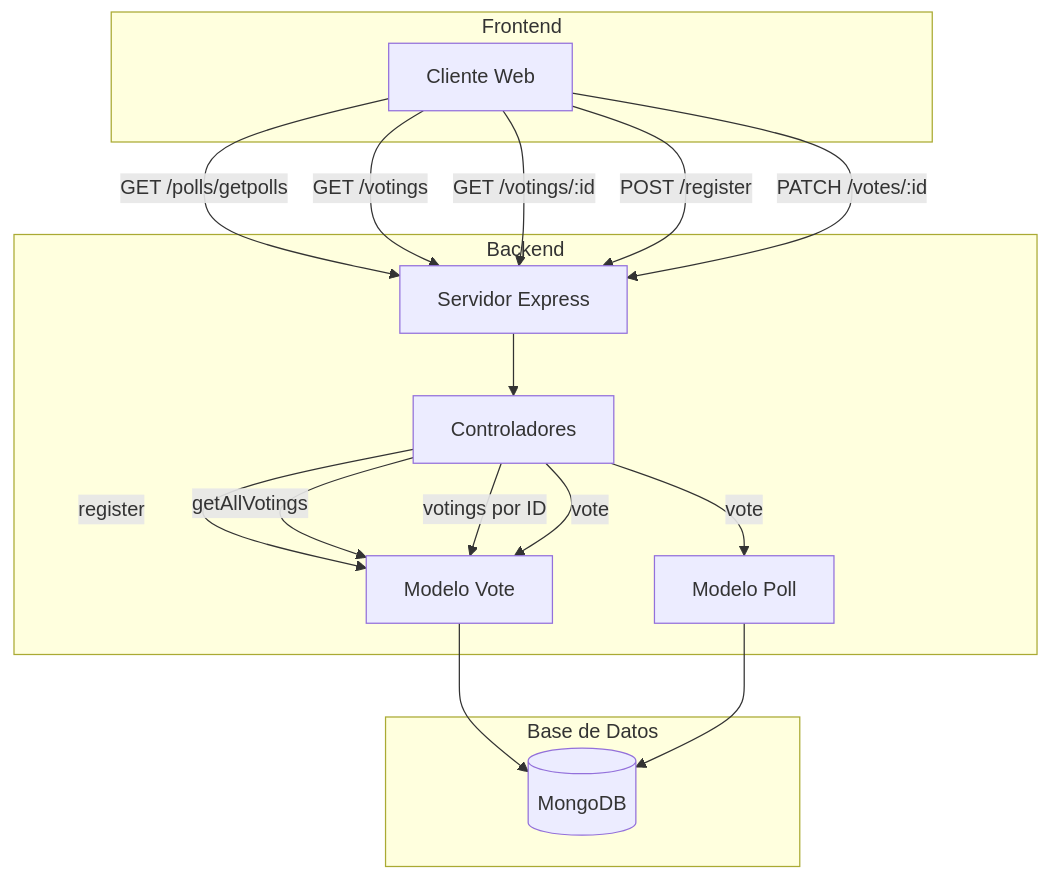
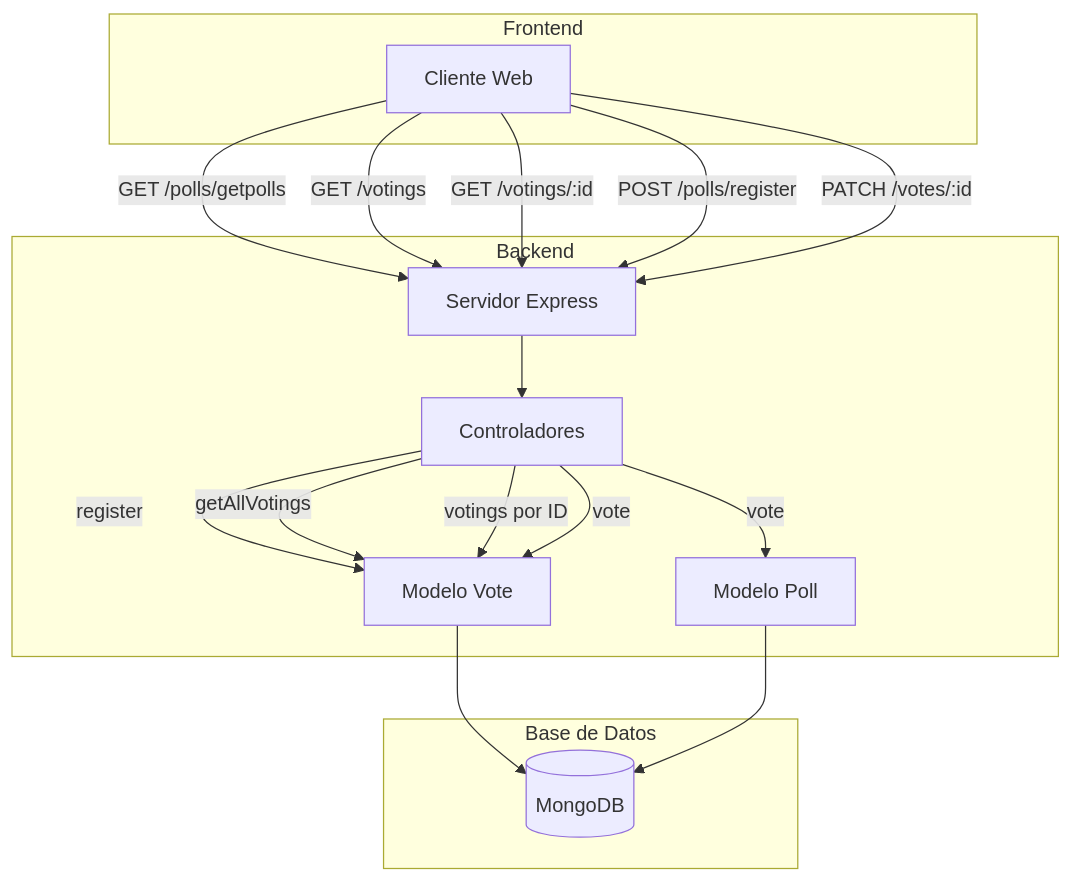
Before and after one commit to Tomas-crypto14/Proyecto-Backend-Tomas-Ruben-Joaquim: the diagram in README.md, drawn with Mermaid. The commit also changed 1 other file, not shown here.

Commit message:
Readme.md Mermaid

````diff
--- a/README.md
+++ b/README.md
@@ -1,33 +1,33 @@
 ```mermaid
 graph TD
     A[Cliente Web] -->|GET /polls/getpolls| B[Servidor Express]
     A -->|GET /votings| B
     A -->|GET /votings/:id| B
-    A -->|POST /register| B
+    A -->|POST /polls/register| B
     A -->|PATCH /votes/:id| B
 
     B --> C[Controladores]
     C -->|register| D[Modelo Vote]
     C -->|getAllVotings| D
     C -->|"votings por ID"| D
     C -->|vote| D
     C -->|vote| E[Modelo Poll]
 
     D --> F[(MongoDB)]
     E --> F
 
     subgraph Frontend
         A
     end
 
     subgraph Backend
         B
         C
         D
         E
     end
 
     subgraph Base de Datos
-        F
+    F
     end
 ```
````
